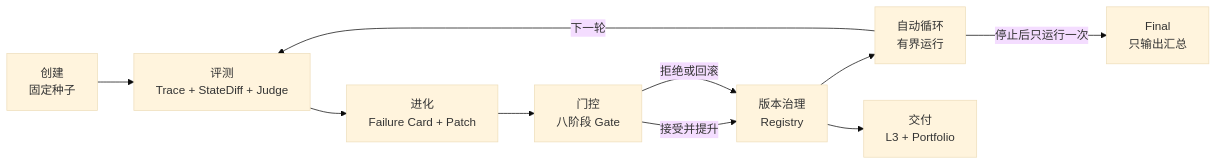
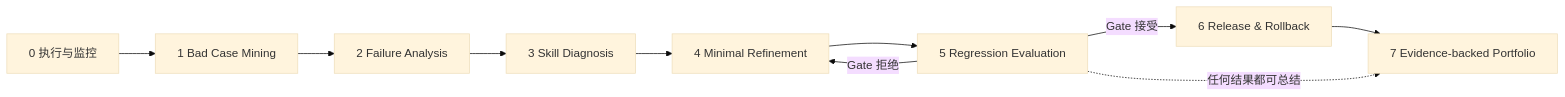
The diagram in README.md (TangWiki-Ai/learn-self-evolving-skills), drawn with Mermaid (base theme) before and after one commit. The commit also changed other lines of this file and 1071 other files, not shown here.

````diff
--- a/README.md
+++ b/README.md
@@ -39,12 +22,12 @@
 ```mermaid
 flowchart LR
-    A["创建<br/>固定种子"] --> B["评测<br/>Trace + StateDiff + Judge"]
-    B --> C["进化<br/>Failure Card + Patch"]
-    C --> D["门控<br/>八阶段 Gate"]
-    D -->|接受并提升| E["版本治理<br/>Registry"]
-    D -->|拒绝或回滚| E
-    E --> F["自动循环<br/>有界运行"]
-    F -->|下一轮| B
-    F -->|停止后只运行一次| G["Final<br/>只输出汇总"]
-    E --> H["交付<br/>L3 + Portfolio"]
+    S0["0 执行与监控"] --> S1["1 Bad Case Mining"]
+    S1 --> S2["2 Failure Analysis"]
+    S2 --> S3["3 Skill Diagnosis"]
+    S3 --> S4["4 Minimal Refinement"]
+    S4 --> S5["5 Regression Evaluation"]
+    S5 -->|Gate 拒绝| S4
+    S5 -->|Gate 接受| S6["6 Release & Rollback"]
+    S6 --> S7["7 Evidence-backed Portfolio"]
+    S5 -. "任何结果都可总结" .-> S7
 ```
````
